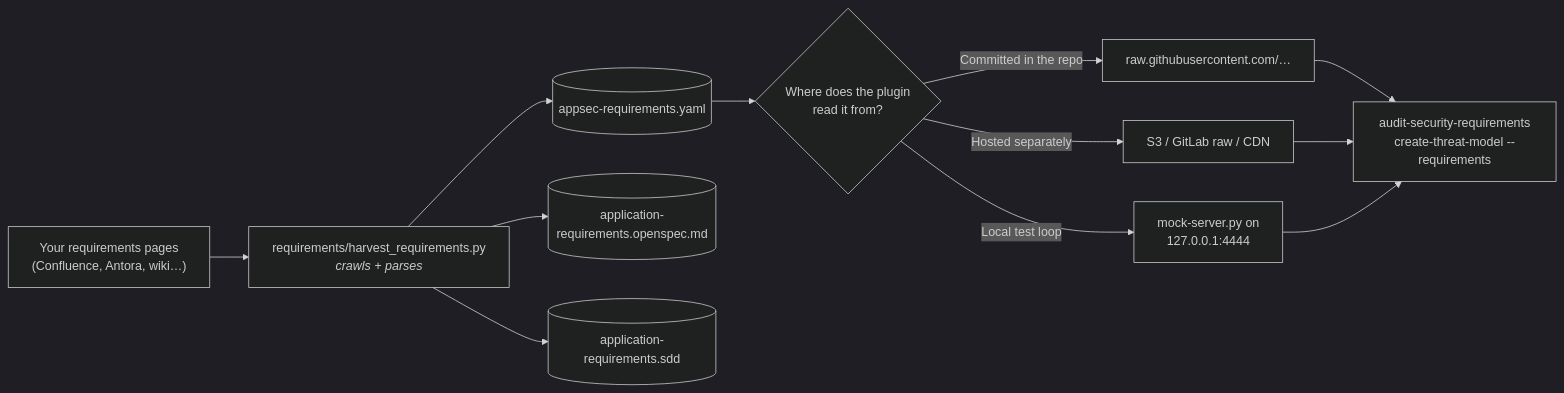
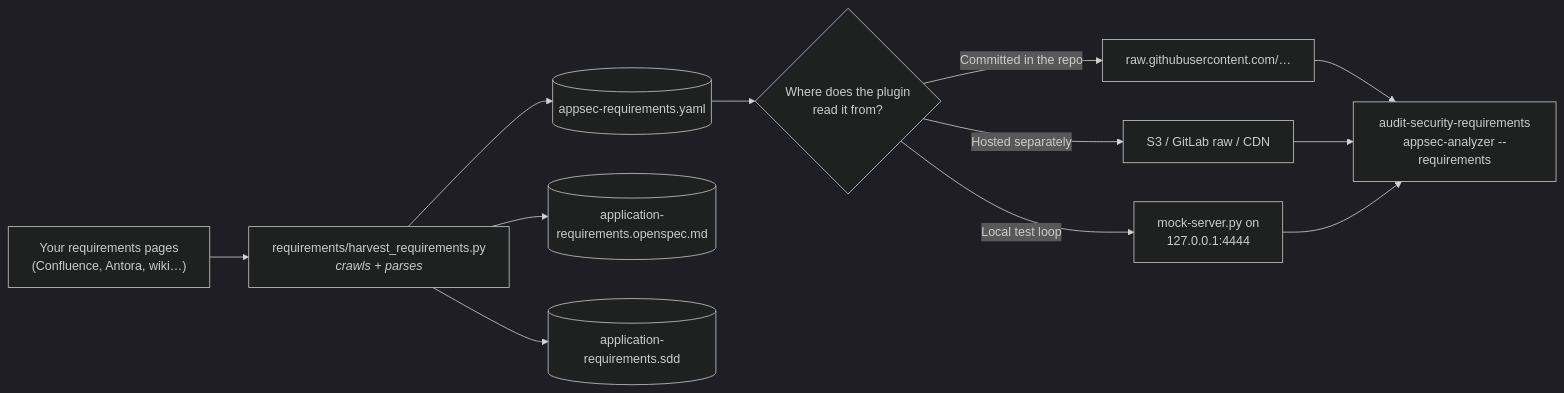
One commit to appsec-foundry/appsec-advisor changed the diagram in docs/harvester.md. Above: the diagram before and after it, drawn with Mermaid (dark theme). The commit also changed 5 other files, not shown here.

Commit message:
docs: rename create-threat-model to appsec-analyzer and drop a removed validator reference

````diff
--- a/docs/harvester.md
+++ b/docs/harvester.md
@@ -7,14 +7,14 @@
 ```mermaid
 flowchart LR
     A["Your requirements pages<br/>(Confluence, Antora, wiki…)"] --> B["requirements/harvest_requirements.py<br/><i>crawls + parses</i>"]
     B --> C[("appsec-requirements.yaml")]
     B --> I[("application-requirements.openspec.md")]
     B --> J[("application-requirements.sdd")]
     C --> D{"Where does the plugin<br/>read it from?"}
     D -->|"Committed in the repo"| E["raw.githubusercontent.com/…"]
     D -->|"Hosted separately"| F["S3 / GitLab raw / CDN"]
     D -->|"Local test loop"| G["mock-server.py on<br/>127.0.0.1:4444"]
-    E --> H["audit-security-requirements<br/>create-threat-model --requirements"]
+    E --> H["audit-security-requirements<br/>appsec-analyzer --requirements"]
     F --> H
     G --> H
 ```
````
